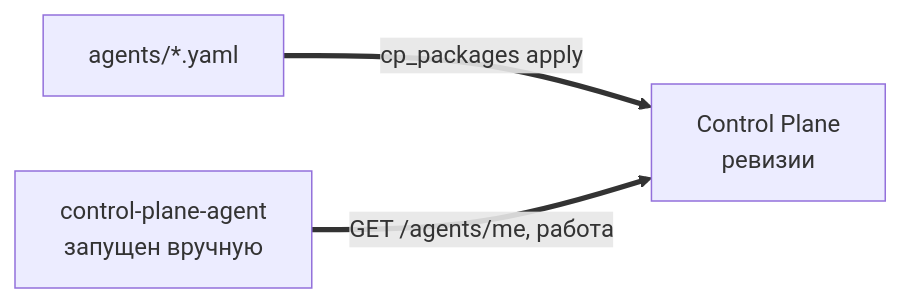
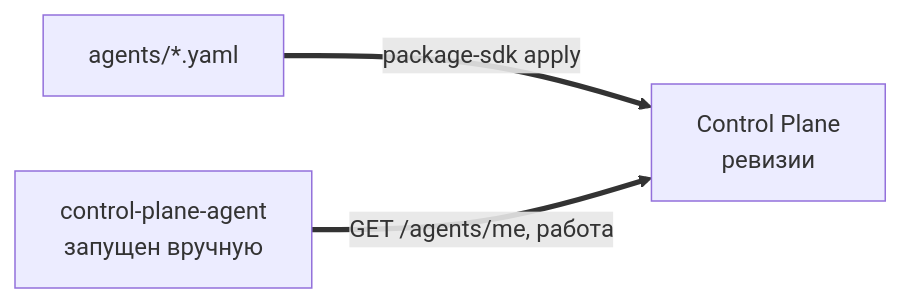
The first of 3 diagrams in guide/docs/runner/index.ru.md (monthu56/taimen), drawn with Mermaid before and after one commit. The commit also changed 112 other files, not shown here.

First line of the commit message:
guide: regenerated for the package SDK

````diff
--- a/guide/docs/runner/index.ru.md
+++ b/guide/docs/runner/index.ru.md
@@ -19,5 +19,5 @@
 ```mermaid
 flowchart LR
-    Y["agents/*.yaml"] ==>|cp_packages apply| CP["Control Plane<br/>ревизии"]
+    Y["agents/*.yaml"] ==>|package-sdk apply| CP["Control Plane<br/>ревизии"]
     D["control-plane-agent<br/>запущен вручную"] ==>|GET /agents/me, работа| CP
 ```
````
